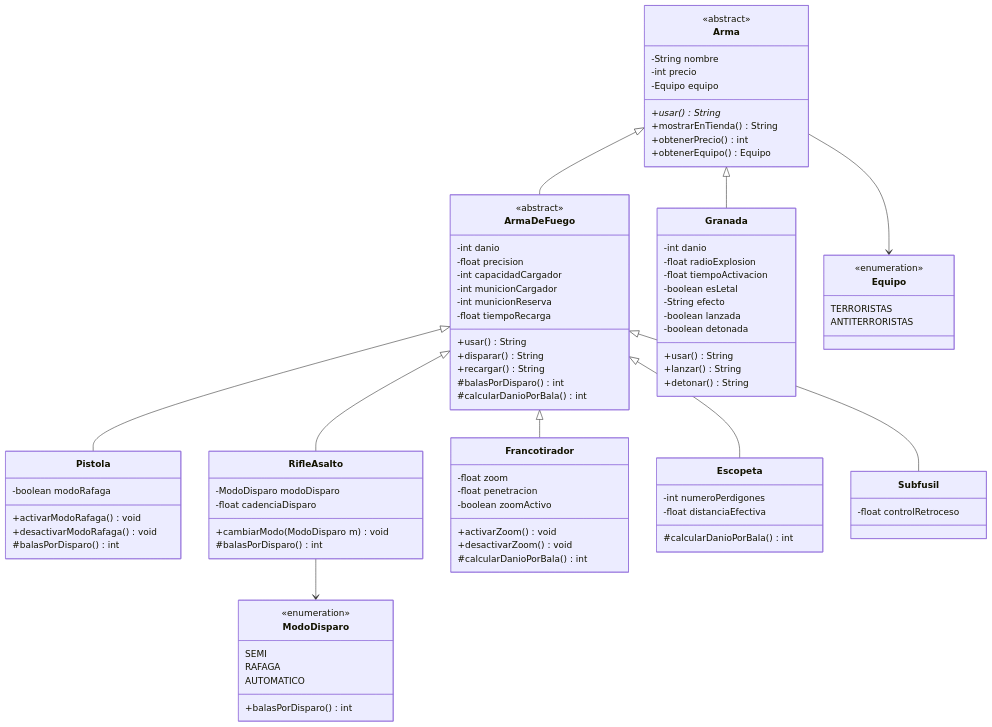
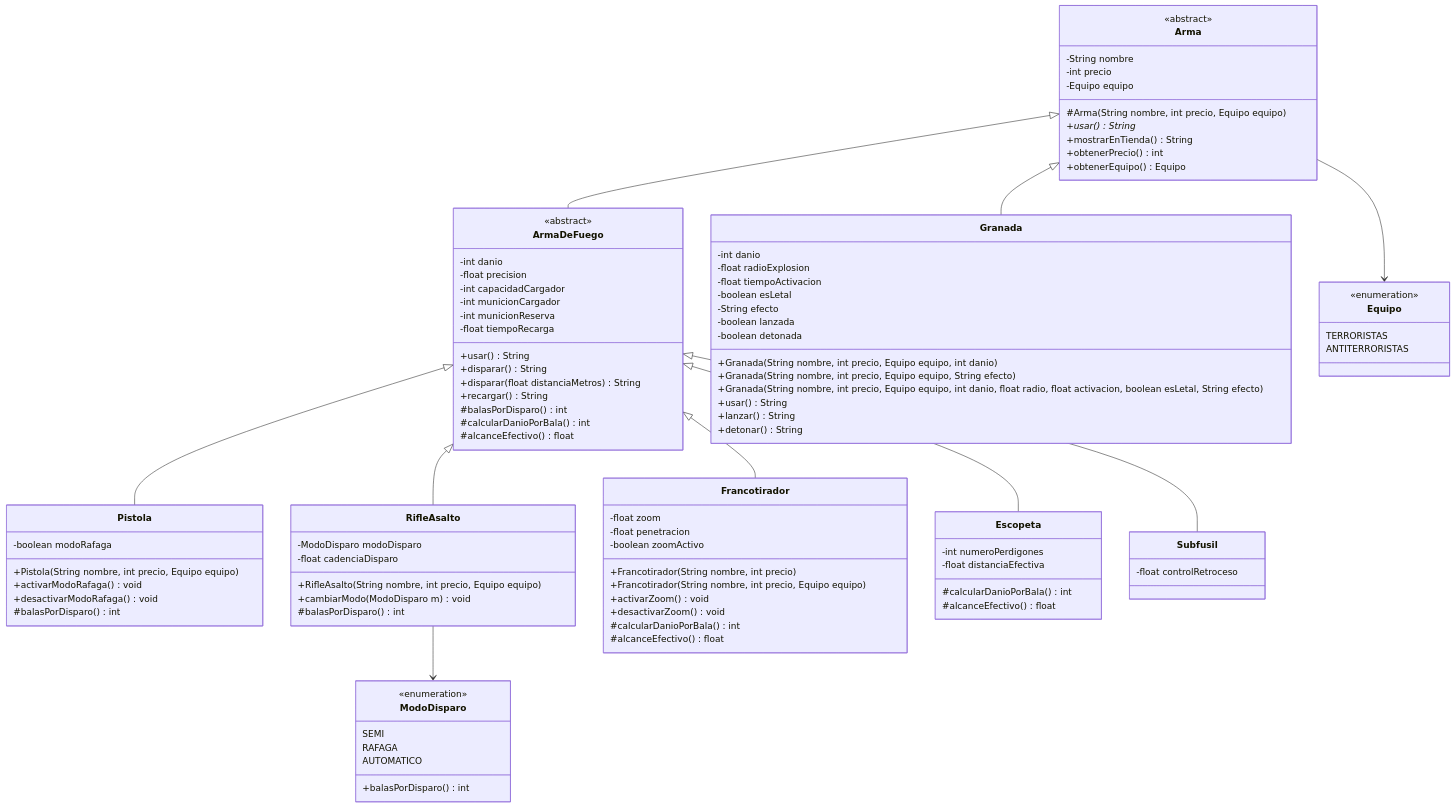
The diagram in README.md (joaquinBenegas0/jb-taller-git-2026), drawn with Mermaid before and after one commit. The commit also changed other lines of this file and 1 other file, not shown here.

Commit message:
docs: README con paquetes, diagrama, sobrecarga y sobreescritura; BITACORA.md de IA

```diff
--- a/README.md
+++ b/README.md
@@ -21,6 +42,7 @@
         -String nombre
         -int precio
         -Equipo equipo
+        #Arma(String nombre, int precio, Equipo equipo)
         +usar() String*
         +mostrarEnTienda() String
         +obtenerPrecio() int
@@ -36,9 +58,11 @@
         -float tiempoRecarga
         +usar() String
         +disparar() String
+        +disparar(float distanciaMetros) String
         +recargar() String
         #balasPorDisparo() int
         #calcularDanioPorBala() int
+        #alcanceEfectivo() float
     }
     class Granada {
         -int danio
@@ -48,12 +72,16 @@
         -String efecto
         -boolean lanzada
         -boolean detonada
+        +Granada(String nombre, int precio, Equipo equipo, int danio)
+        +Granada(String nombre, int precio, Equipo equipo, String efecto)
+        +Granada(String nombre, int precio, Equipo equipo, int danio, float radio, float activacion, boolean esLetal, String efecto)
         +usar() String
         +lanzar() String
         +detonar() String
     }
     class Pistola {
         -boolean modoRafaga
+        +Pistola(String nombre, int precio, Equipo equipo)
         +activarModoRafaga() void
         +desactivarModoRafaga() void
         #balasPorDisparo() int
@@ -61,6 +89,7 @@
     class RifleAsalto {
         -ModoDisparo modoDisparo
         -float cadenciaDisparo
+        +RifleAsalto(String nombre, int precio, Equipo equipo)
         +cambiarModo(ModoDisparo m) void
         #balasPorDisparo() int
     }
@@ -68,14 +97,18 @@
         -float zoom
         -float penetracion
         -boolean zoomActivo
+        +Francotirador(String nombre, int precio)
+        +Francotirador(String nombre, int precio, Equipo equipo)
         +activarZoom() void
         +desactivarZoom() void
         #calcularDanioPorBala() int
+        #alcanceEfectivo() float
     }
     class Escopeta {
         -int numeroPerdigones
         -float distanciaEfectiva
         #calcularDanioPorBala() int
+        #alcanceEfectivo() float
     }
     class Subfusil {
         -float controlRetroceso
```
